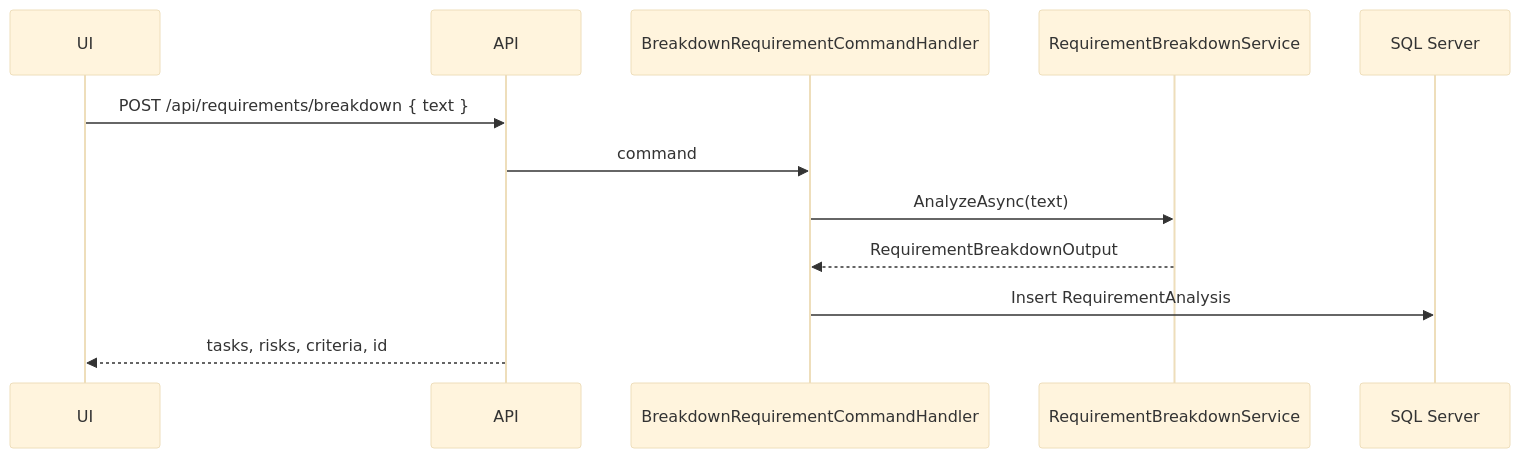
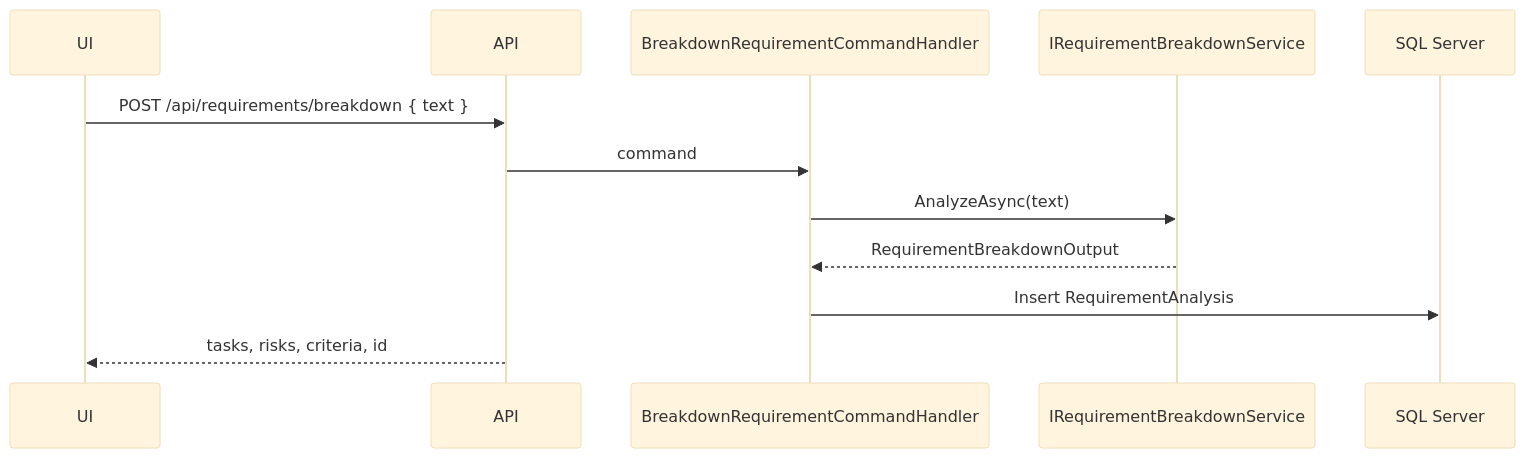
One commit to peter255/devassist-ai-workspace changed the fourth of 4 diagrams in docs/architecture.md. Above: the diagram before and after it, drawn with Mermaid (base theme). The commit also changed other lines of this file and 18 other files, not shown here.

````diff
--- a/docs/architecture.md
+++ b/docs/architecture.md
@@ -135,15 +149,15 @@
 ```mermaid
 sequenceDiagram
     participant UI
     participant API
     participant Handler as BreakdownRequirementCommandHandler
-    participant AI as RequirementBreakdownService
+    participant AI as IRequirementBreakdownService
     participant DB as SQL Server
 
     UI->>API: POST /api/requirements/breakdown { text }
     API->>Handler: command
     Handler->>AI: AnalyzeAsync(text)
     AI-->>Handler: RequirementBreakdownOutput
     Handler->>DB: Insert RequirementAnalysis
     API-->>UI: tasks, risks, criteria, id
 ```
````
